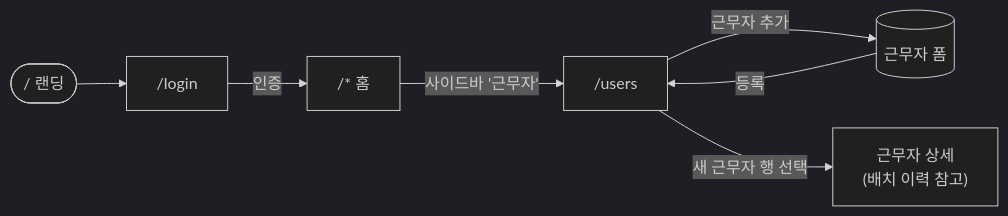
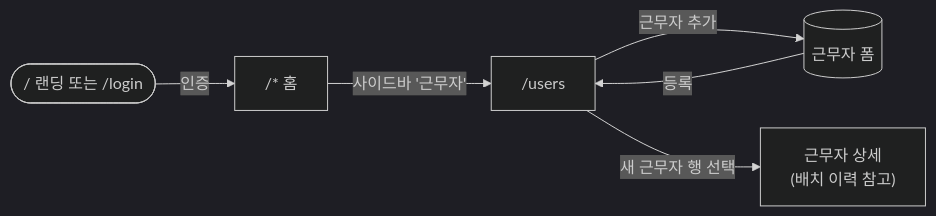
The fourth of 15 diagrams in docs/flow.md (S-Tec-System-R-D/s-patrol_fe), drawn with Mermaid before and after one commit. The commit also changed other lines of this file and 5 other files, not shown here.

Commit message:
docs : 062 — spec · tasks(T1070~T1079 · 결정 표 · 위험도 C → B) · 목업 ui-mock/login-landing-mock.webp(배치 참고) · screens 랜딩 ✓ · flow §0 규칙 · 다이어그램 3곳 · roadmap 062 행 · Phase 6 남은 항목에서 랜딩 제거

````diff
--- a/docs/flow.md
+++ b/docs/flow.md
@@ -183,10 +183,9 @@
 ```mermaid
 %%{init: {'theme':'dark'}}%%
 flowchart LR
-    A(["/ 랜딩"]) --> B["/login"]
-    B -- 인증 --> C["/* 홈"]
+    A(["/ 랜딩 또는 /login"]) -- 인증 --> C["/* 홈"]
     C -- "사이드바 '근무자'" --> D["/users"]
     D -- "근무자 추가" --> E[(근무자 폼)]
     E -- 등록 --> D
     D -- 새 근무자 행 선택 --> F["근무자 상세<br/>(배치 이력 참고)"]
 ```
````
